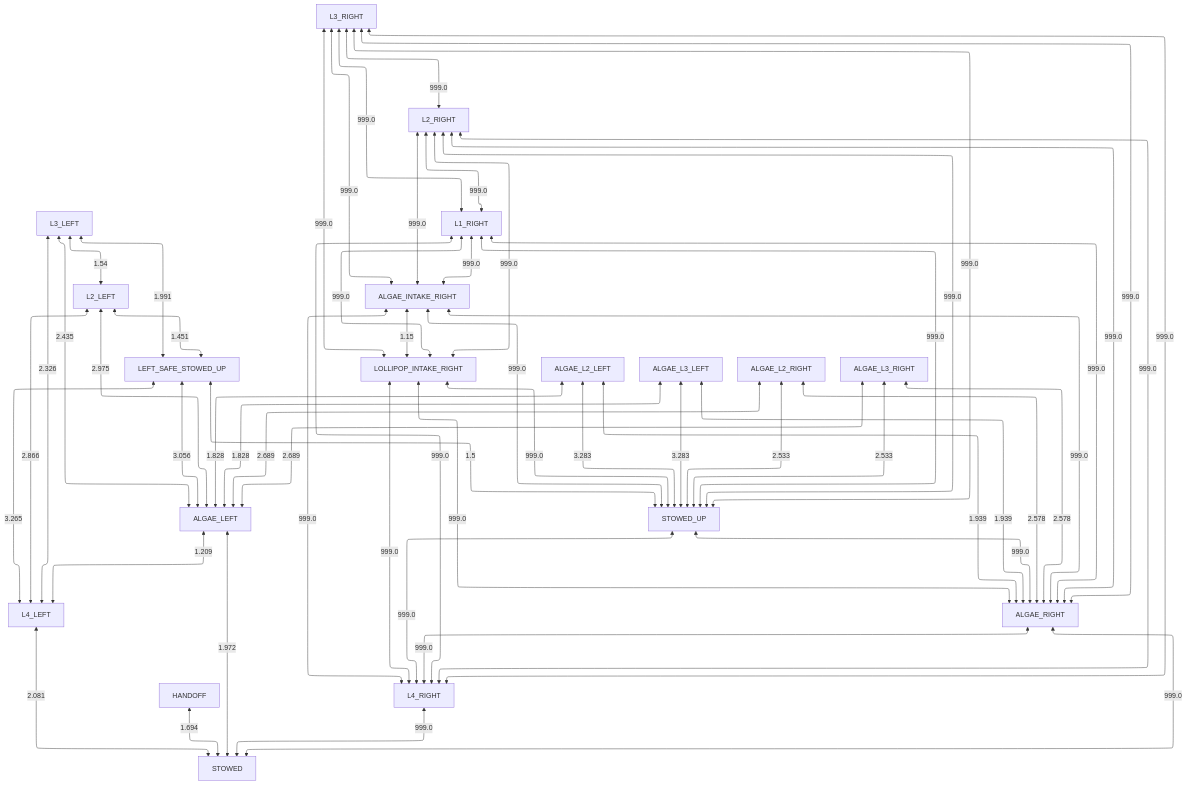
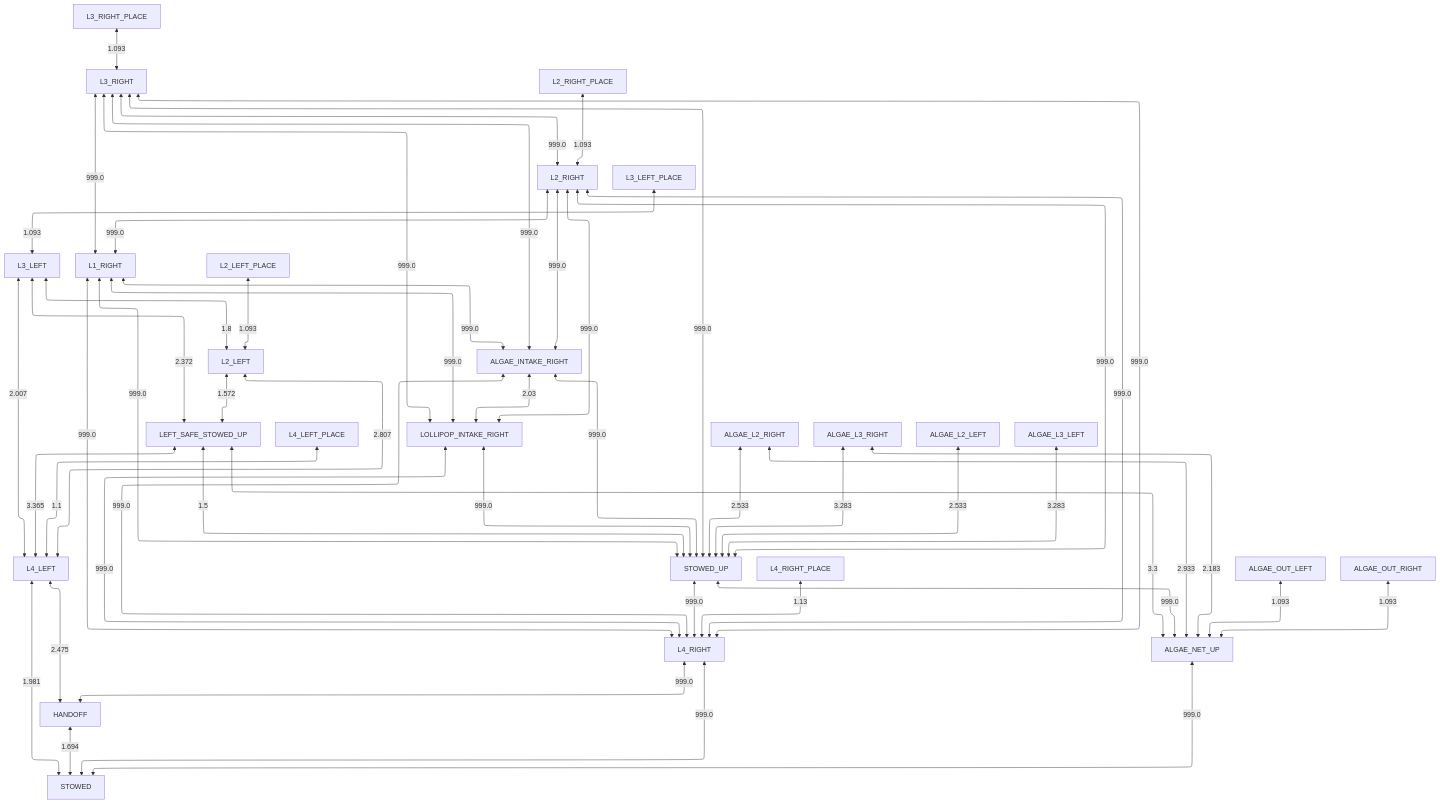
The diagram in docs/collision_avoidance/right_obstructed.md (team581/offseason-2025-comp), drawn with Mermaid before and after one commit. The commit also changed 3 other files, not shown here.

Commit message:
Regenerate collision avoidance graph visualizations

````diff
--- a/docs/collision_avoidance/right_obstructed.md
+++ b/docs/collision_avoidance/right_obstructed.md
@@ -3,61 +3,55 @@
 ```mermaid
 %%{ init: { "flowchart": { "defaultRenderer": "elk" } } }%%
 graph TD
 
 HANDOFF <-- 1.694 --> STOWED
-L4_LEFT <-- 2.081 --> STOWED
+L4_LEFT <-- 1.981 --> STOWED
 L4_RIGHT <-- 999.0 --> STOWED
-ALGAE_RIGHT <-- 999.0 --> STOWED
-ALGAE_LEFT <-- 1.972 --> STOWED
-LEFT_SAFE_STOWED_UP <-- 3.265 --> L4_LEFT
-L2_LEFT <-- 2.866 --> L4_LEFT
-L3_LEFT <-- 2.326 --> L4_LEFT
-ALGAE_LEFT <-- 1.209 --> L4_LEFT
+ALGAE_NET_UP <-- 999.0 --> STOWED
+L4_LEFT <-- 2.475 --> HANDOFF
+L4_RIGHT <-- 999.0 --> HANDOFF
+LEFT_SAFE_STOWED_UP <-- 3.365 --> L4_LEFT
+L2_LEFT <-- 2.807 --> L4_LEFT
+L3_LEFT <-- 2.007 --> L4_LEFT
+L4_LEFT_PLACE <-- 1.1 --> L4_LEFT
 STOWED_UP <-- 999.0 --> L4_RIGHT
 ALGAE_INTAKE_RIGHT <-- 999.0 --> L4_RIGHT
 LOLLIPOP_INTAKE_RIGHT <-- 999.0 --> L4_RIGHT
 L1_RIGHT <-- 999.0 --> L4_RIGHT
 L2_RIGHT <-- 999.0 --> L4_RIGHT
 L3_RIGHT <-- 999.0 --> L4_RIGHT
-ALGAE_RIGHT <-- 999.0 --> L4_RIGHT
-STOWED_UP <-- 999.0 --> ALGAE_RIGHT
-ALGAE_L2_LEFT <-- 1.939 --> ALGAE_RIGHT
-ALGAE_L3_LEFT <-- 1.939 --> ALGAE_RIGHT
-ALGAE_INTAKE_RIGHT <-- 999.0 --> ALGAE_RIGHT
-LOLLIPOP_INTAKE_RIGHT <-- 999.0 --> ALGAE_RIGHT
-L1_RIGHT <-- 999.0 --> ALGAE_RIGHT
-L2_RIGHT <-- 999.0 --> ALGAE_RIGHT
-L3_RIGHT <-- 999.0 --> ALGAE_RIGHT
-ALGAE_L2_RIGHT <-- 2.578 --> ALGAE_RIGHT
-ALGAE_L3_RIGHT <-- 2.578 --> ALGAE_RIGHT
-LEFT_SAFE_STOWED_UP <-- 3.056 --> ALGAE_LEFT
-L2_LEFT <-- 2.975 --> ALGAE_LEFT
-L3_LEFT <-- 2.435 --> ALGAE_LEFT
-ALGAE_L2_LEFT <-- 1.828 --> ALGAE_LEFT
-ALGAE_L3_LEFT <-- 1.828 --> ALGAE_LEFT
-ALGAE_L2_RIGHT <-- 2.689 --> ALGAE_LEFT
-ALGAE_L3_RIGHT <-- 2.689 --> ALGAE_LEFT
+L4_RIGHT_PLACE <-- 1.13 --> L4_RIGHT
+LEFT_SAFE_STOWED_UP <-- 3.3 --> ALGAE_NET_UP
+STOWED_UP <-- 999.0 --> ALGAE_NET_UP
+ALGAE_OUT_LEFT <-- 1.093 --> ALGAE_NET_UP
+ALGAE_OUT_RIGHT <-- 1.093 --> ALGAE_NET_UP
+ALGAE_L2_RIGHT <-- 2.933 --> ALGAE_NET_UP
+ALGAE_L3_RIGHT <-- 2.183 --> ALGAE_NET_UP
 LEFT_SAFE_STOWED_UP <-- 1.5 --> STOWED_UP
 LOLLIPOP_INTAKE_RIGHT <-- 999.0 --> STOWED_UP
 ALGAE_INTAKE_RIGHT <-- 999.0 --> STOWED_UP
 L1_RIGHT <-- 999.0 --> STOWED_UP
 L2_RIGHT <-- 999.0 --> STOWED_UP
 L3_RIGHT <-- 999.0 --> STOWED_UP
-ALGAE_L2_LEFT <-- 3.283 --> STOWED_UP
+ALGAE_L2_LEFT <-- 2.533 --> STOWED_UP
 ALGAE_L2_RIGHT <-- 2.533 --> STOWED_UP
 ALGAE_L3_LEFT <-- 3.283 --> STOWED_UP
-ALGAE_L3_RIGHT <-- 2.533 --> STOWED_UP
-L2_LEFT <-- 1.451 --> LEFT_SAFE_STOWED_UP
-L3_LEFT <-- 1.991 --> LEFT_SAFE_STOWED_UP
-ALGAE_INTAKE_RIGHT <-- 1.15 --> LOLLIPOP_INTAKE_RIGHT
+ALGAE_L3_RIGHT <-- 3.283 --> STOWED_UP
+L2_LEFT <-- 1.572 --> LEFT_SAFE_STOWED_UP
+L3_LEFT <-- 2.372 --> LEFT_SAFE_STOWED_UP
+ALGAE_INTAKE_RIGHT <-- 2.03 --> LOLLIPOP_INTAKE_RIGHT
 L1_RIGHT <-- 999.0 --> LOLLIPOP_INTAKE_RIGHT
 L2_RIGHT <-- 999.0 --> LOLLIPOP_INTAKE_RIGHT
 L3_RIGHT <-- 999.0 --> LOLLIPOP_INTAKE_RIGHT
 L1_RIGHT <-- 999.0 --> ALGAE_INTAKE_RIGHT
 L2_RIGHT <-- 999.0 --> ALGAE_INTAKE_RIGHT
 L3_RIGHT <-- 999.0 --> ALGAE_INTAKE_RIGHT
-L3_LEFT <-- 1.54 --> L2_LEFT
+L3_LEFT <-- 1.8 --> L2_LEFT
+L2_LEFT_PLACE <-- 1.093 --> L2_LEFT
+L3_LEFT_PLACE <-- 1.093 --> L3_LEFT
 L2_RIGHT <-- 999.0 --> L1_RIGHT
 L3_RIGHT <-- 999.0 --> L1_RIGHT
 L3_RIGHT <-- 999.0 --> L2_RIGHT
+L2_RIGHT_PLACE <-- 1.093 --> L2_RIGHT
+L3_RIGHT_PLACE <-- 1.093 --> L3_RIGHT
 ```
````
